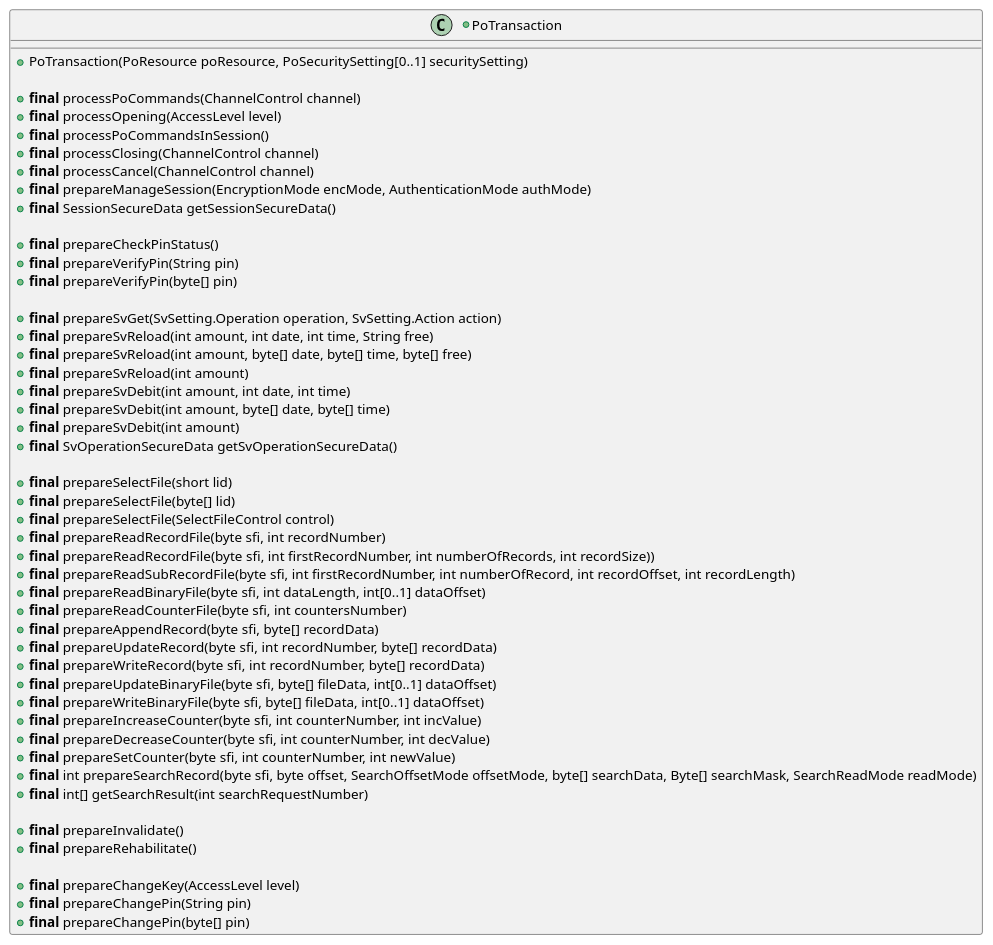
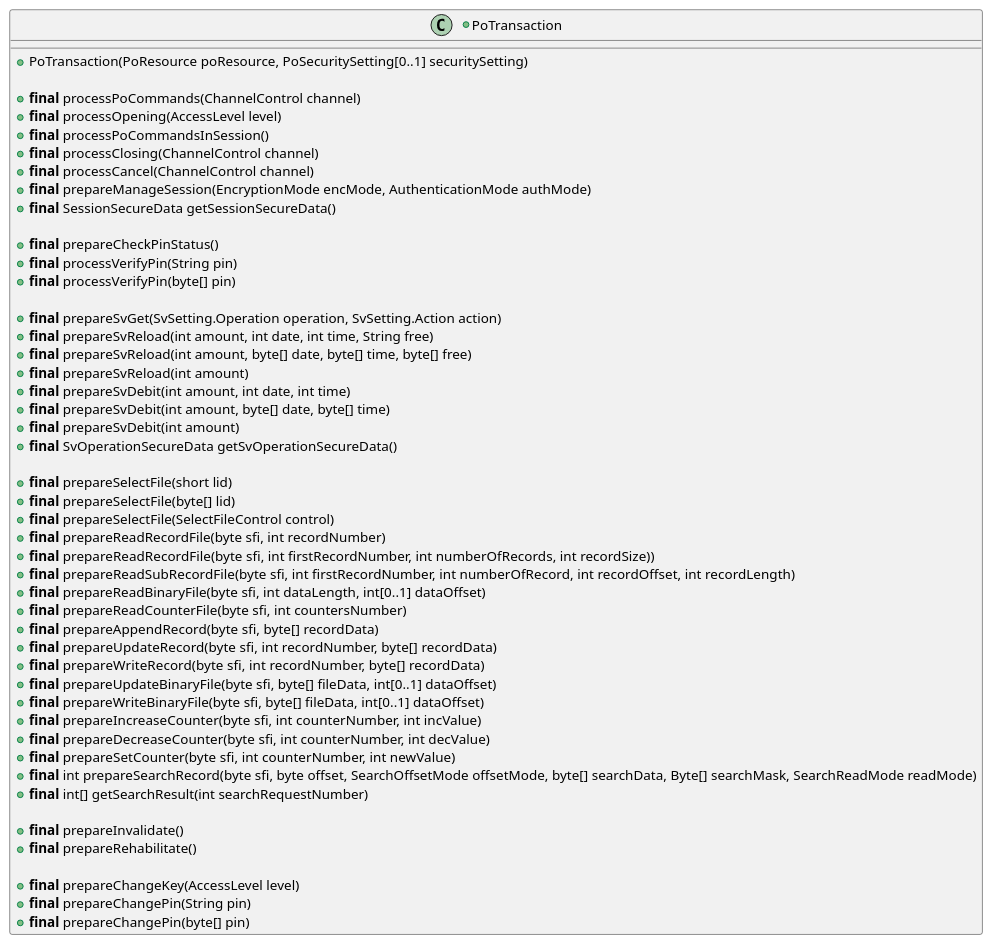
Diagram 12 of 21 in src/KeypleCalypsoApi/ApplicationApi/puml/KeypleCalypso-ApplicationApi-ClassDiag-Transaction-ClassElements.iuml (calypsonet/keyple), drawn with PlantUML before and after one commit. The commit also changed other lines of this file and 18 other files, not shown here.

Commit message:
SAM selection with unlock feature new Verify PIN API based on process method internal plugin API visibility access fixes

```diff
--- a/src/KeypleCalypsoApi/ApplicationApi/puml/KeypleCalypso-ApplicationApi-ClassDiag-Transaction-ClassElements.iuml
+++ b/src/KeypleCalypsoApi/ApplicationApi/puml/KeypleCalypso-ApplicationApi-ClassDiag-Transaction-ClassElements.iuml
@@ -354,55 +396,55 @@
 @startuml(id=TRANSACTION_POTRANSACTION_CalypsoAPI)
 +class PoTransaction {
   +PoTransaction(PoResource poResource, PoSecuritySetting[0..1] securitySetting)
 
   +<b>final</b> processPoCommands(ChannelControl channel)
   +<b>final</b> processOpening(AccessLevel level)
   +<b>final</b> processPoCommandsInSession()
   +<b>final</b> processClosing(ChannelControl channel)
   +<b>final</b> processCancel(ChannelControl channel)
   +<b>final</b> prepareManageSession(EncryptionMode encMode, AuthenticationMode authMode)
   +<b>final</b> SessionSecureData getSessionSecureData()
 
   +<b>final</b> prepareCheckPinStatus()
-  +<b>final</b> prepareVerifyPin(String pin)
-  +<b>final</b> prepareVerifyPin(byte[] pin)
+  +<b>final</b> processVerifyPin(String pin)
+  +<b>final</b> processVerifyPin(byte[] pin)
 
   +<b>final</b> prepareSvGet(SvSetting.Operation operation, SvSetting.Action action)
   +<b>final</b> prepareSvReload(int amount, int date, int time, String free)
   +<b>final</b> prepareSvReload(int amount, byte[] date, byte[] time, byte[] free)
   +<b>final</b> prepareSvReload(int amount)
   +<b>final</b> prepareSvDebit(int amount, int date, int time)
   +<b>final</b> prepareSvDebit(int amount, byte[] date, byte[] time)
   +<b>final</b> prepareSvDebit(int amount)
   +<b>final</b> SvOperationSecureData getSvOperationSecureData()
 
   +<b>final</b> prepareSelectFile(short lid)
   +<b>final</b> prepareSelectFile(byte[] lid)
   +<b>final</b> prepareSelectFile(SelectFileControl control)
   'lecture d'un record hors session (Le à 00h)
   +<b>final</b> prepareReadRecordFile(byte sfi, int recordNumber)
   'exception si recordSize erronée
   +<b>final</b> prepareReadRecordFile(byte sfi, int firstRecordNumber, int numberOfRecords, int recordSize))
   +<b>final</b> prepareReadSubRecordFile(byte sfi, int firstRecordNumber, int numberOfRecord, int recordOffset, int recordLength)
   +<b>final</b> prepareReadBinaryFile(byte sfi, int dataLength, int[0..1] dataOffset)
   'compteur simulé : exception si countersNumber<>1 et si countersNumber <> 1
   +<b>final</b> prepareReadCounterFile(byte sfi, int countersNumber)
   +<b>final</b> prepareAppendRecord(byte sfi, byte[] recordData)
   +<b>final</b> prepareUpdateRecord(byte sfi, int recordNumber, byte[] recordData)
   +<b>final</b> prepareWriteRecord(byte sfi, int recordNumber, byte[] recordData)
   +<b>final</b> prepareUpdateBinaryFile(byte sfi, byte[] fileData, int[0..1] dataOffset)
   +<b>final</b> prepareWriteBinaryFile(byte sfi, byte[] fileData, int[0..1] dataOffset)
   +<b>final</b> prepareIncreaseCounter(byte sfi, int counterNumber, int incValue)
   +<b>final</b> prepareDecreaseCounter(byte sfi, int counterNumber, int decValue)
   +<b>final</b> prepareSetCounter(byte sfi, int counterNumber, int newValue)
   +<b>final</b> int prepareSearchRecord(byte sfi, byte offset, SearchOffsetMode offsetMode, byte[] searchData, Byte[] searchMask, SearchReadMode readMode)
   +<b>final</b> int[] getSearchResult(int searchRequestNumber)
 
   +<b>final</b> prepareInvalidate()
   +<b>final</b> prepareRehabilitate()
 
   +<b>final</b> prepareChangeKey(AccessLevel level)
   +<b>final</b> prepareChangePin(String pin)
   +<b>final</b> prepareChangePin(byte[] pin)
 }
 @enduml
```
